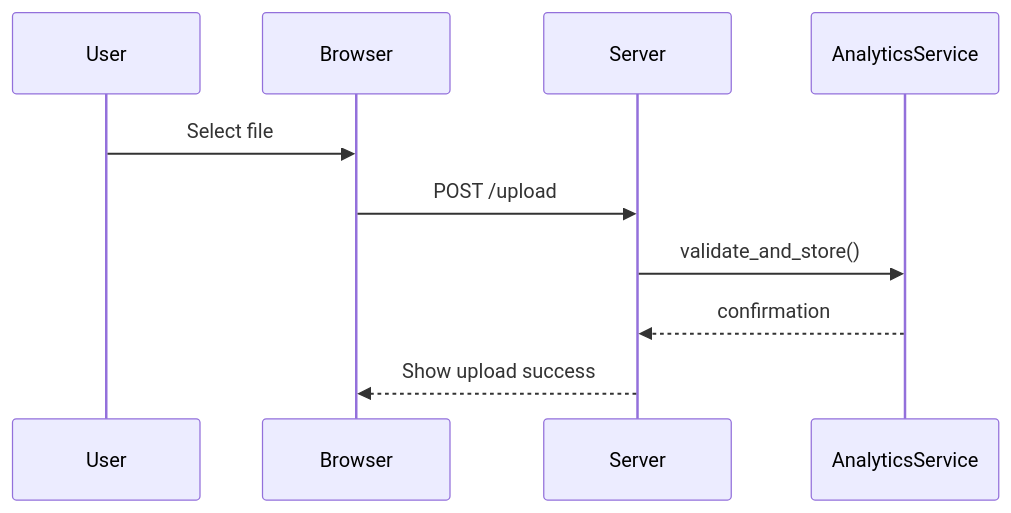
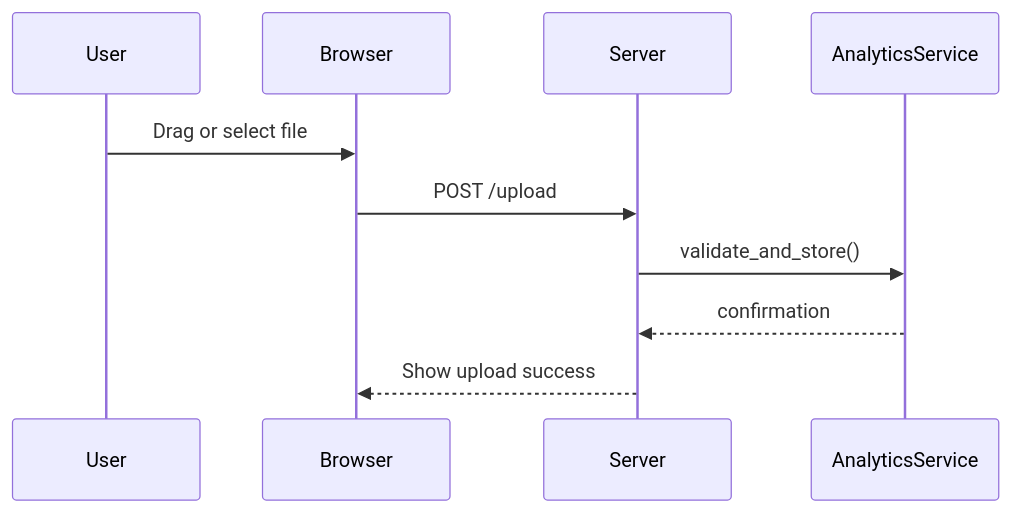
One commit to WSG23/yosai_intel_dashboard_fresh changed the first of 3 diagrams in docs/ui_flows.md. Above: the diagram before and after it, drawn with Mermaid. The commit also changed 5 other files, not shown here.

Commit message:
docs: add upload interface guide and update diagrams

````diff
--- a/docs/ui_flows.md
+++ b/docs/ui_flows.md
@@ -8,13 +8,13 @@
 ```mermaid
 sequenceDiagram
     participant U as User
     participant B as Browser
     participant S as Server
     participant AS as AnalyticsService
 
-    U->>B: Select file
+    U->>B: Drag or select file
     B->>S: POST /upload
     S->>AS: validate_and_store()
     AS-->>S: confirmation
     S-->>B: Show upload success
 ```
````
